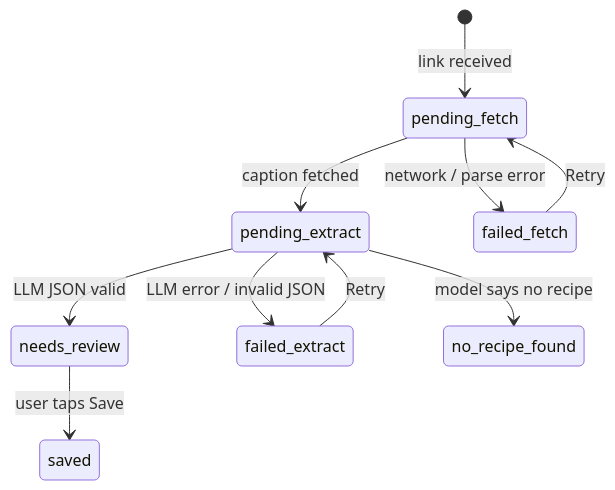
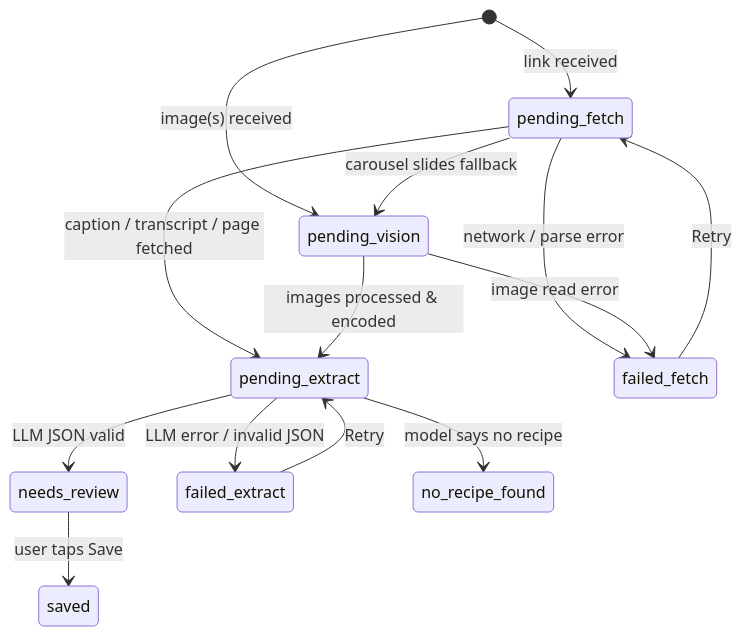
One commit to inthevortex/recipe-catcher changed the second of 2 diagrams in docs/App spec.md. Above: the diagram before and after it, drawn with Mermaid. The commit also changed other lines of this file and 3 other files, not shown here.

````diff
--- a/docs/App spec.md
+++ b/docs/App spec.md
@@ -55,12 +59,16 @@
 ```mermaid
 stateDiagram-v2
   [*] --> pending_fetch: link received
-  pending_fetch --> pending_extract: caption fetched
+  [*] --> pending_vision: image(s) received
+  pending_fetch --> pending_extract: caption / transcript / page fetched
+  pending_fetch --> pending_vision: carousel slides fallback
   pending_fetch --> failed_fetch: network / parse error
+  pending_vision --> pending_extract: images processed & encoded
+  pending_vision --> failed_fetch: image read error
   pending_extract --> needs_review: LLM JSON valid
   pending_extract --> failed_extract: LLM error / invalid JSON
   pending_extract --> no_recipe_found: model says no recipe
   needs_review --> saved: user taps Save
   failed_fetch --> pending_fetch: Retry
   failed_extract --> pending_extract: Retry
 ```
````
